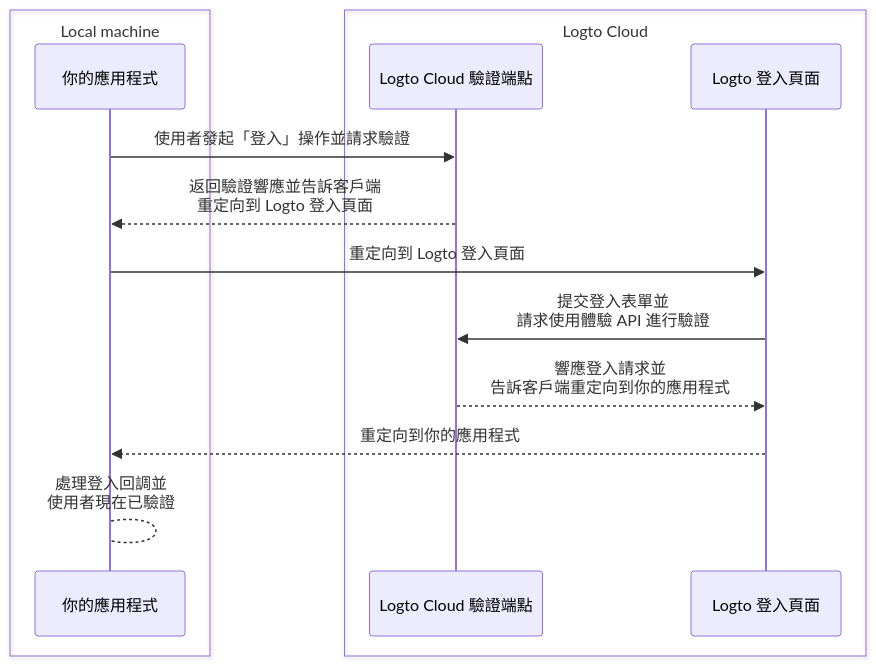
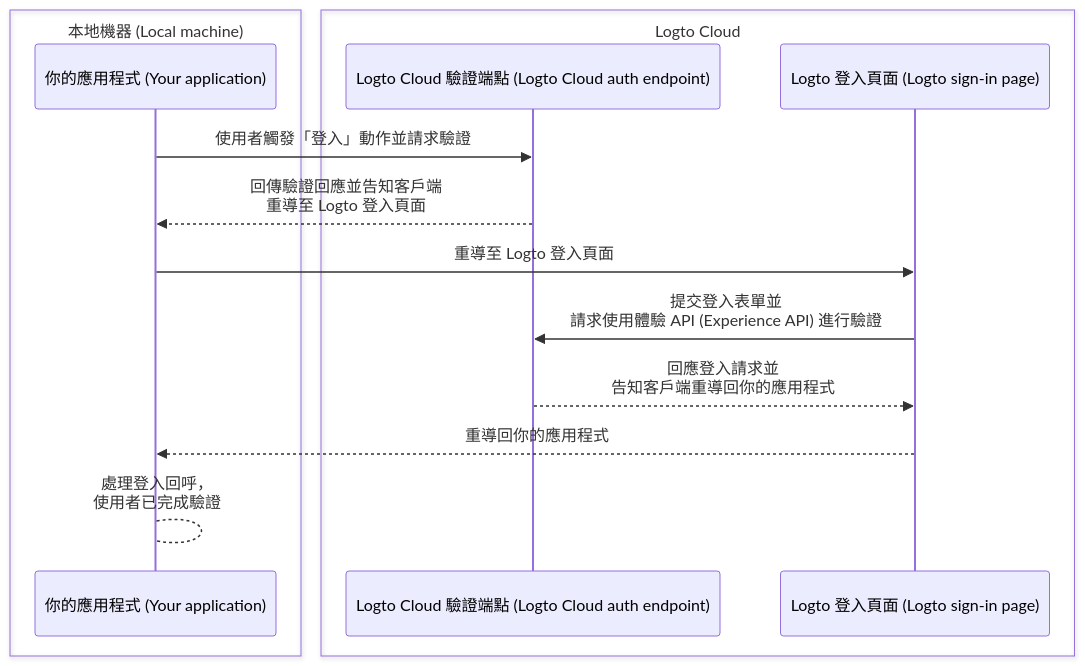
Before and after one commit to logto-io/docs: the first of 2 diagrams in i18n/zh-TW/docusaurus-plugin-content-docs/current/customization/bring-your-ui/debug-and-test-your-custom-ui-locally.mdx, drawn with Mermaid. The commit also changed other lines of this file and 666 other files, not shown here.

````diff
--- a/i18n/zh-TW/docusaurus-plugin-content-docs/current/customization/bring-your-ui/debug-and-test-your-custom-ui-locally.mdx
+++ b/i18n/zh-TW/docusaurus-plugin-content-docs/current/customization/bring-your-ui/debug-and-test-your-custom-ui-locally.mdx
@@ -18,17 +19,17 @@
 ```mermaid
 sequenceDiagram
-    box Local machine
-    participant A as 你的應用程式
+    box 本地機器 (Local machine)
+    participant A as 你的應用程式 (Your application)
     end
     box Logto Cloud
-    participant B as Logto Cloud 驗證端點
-    participant C as Logto 登入頁面
+    participant B as Logto Cloud 驗證端點 (Logto Cloud auth endpoint)
+    participant C as Logto 登入頁面 (Logto sign-in page)
     end
-    A ->> B: 使用者發起「登入」操作並請求驗證
-    B -->> A: 返回驗證響應並告訴客戶端<br/>重定向到 Logto 登入頁面
-    A ->> C: 重定向到 Logto 登入頁面
-    C ->> B: 提交登入表單並<br/>請求使用體驗 API 進行驗證
-    B -->> C: 響應登入請求並<br/>告訴客戶端重定向到你的應用程式
-    C -->> A: 重定向到你的應用程式
-    A --> A: 處理登入回調並<br/>使用者現在已驗證
+    A ->> B: 使用者觸發「登入」動作並請求驗證
+    B -->> A: 回傳驗證回應並告知客戶端<br/>重導至 Logto 登入頁面
+    A ->> C: 重導至 Logto 登入頁面
+    C ->> B: 提交登入表單並<br/>請求使用體驗 API (Experience API) 進行驗證
+    B -->> C: 回應登入請求並<br/>告知客戶端重導回你的應用程式
+    C -->> A: 重導回你的應用程式
+    A --> A: 處理登入回呼，<br/>使用者已完成驗證
 ```
````
